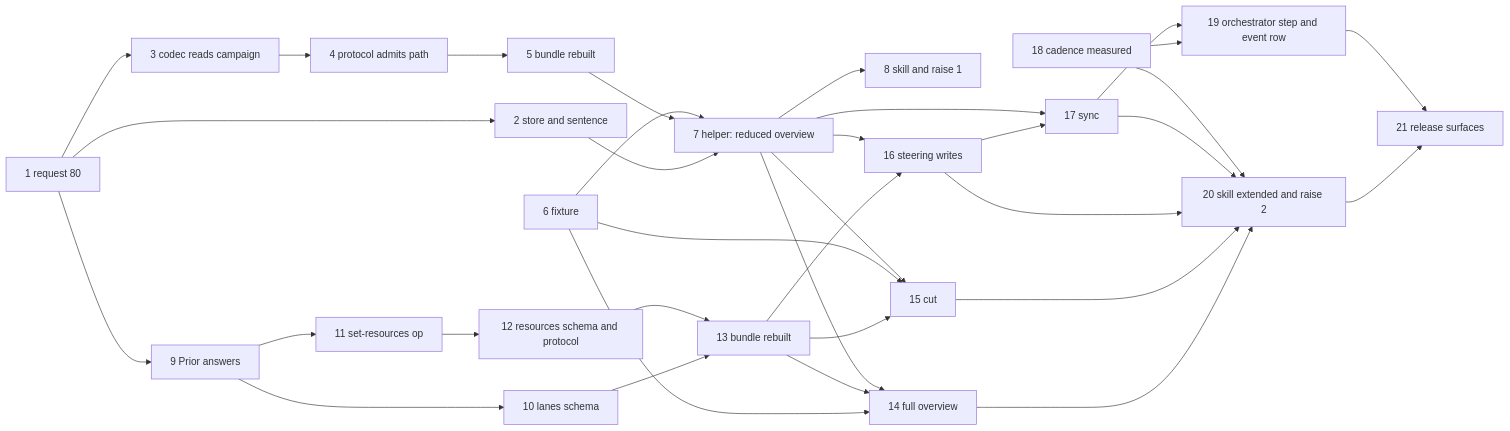
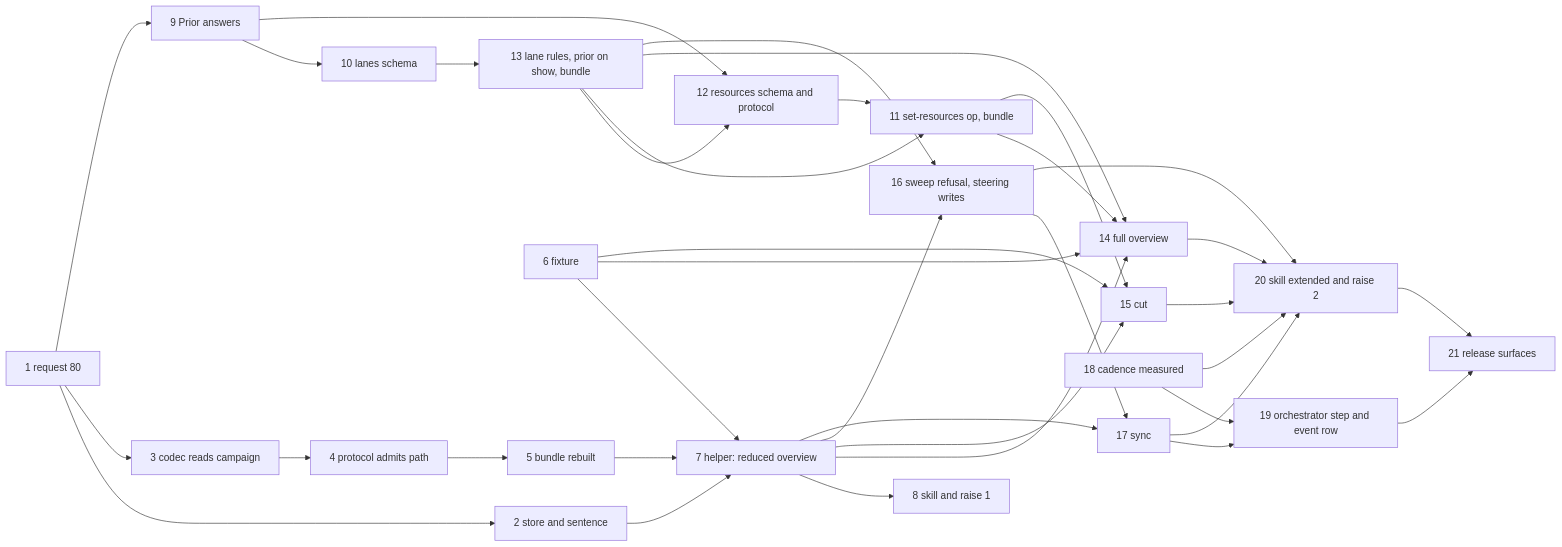
One commit to tenzoki/fusion changed the third of 3 diagrams in fusion-workbench/work-packages/261108-1924-campaign-the-frame-for-work-spread-over-several-checkouts/plans/261108-2301-plan-campaign-the-frame-for-work-spread-over-several-checkouts.md. Above: the diagram before and after it, drawn with Mermaid. The commit also changed other lines of this file and 3 other files, not shown here.

````diff
--- a/fusion-workbench/work-packages/261108-1924-campaign-the-frame-for-work-spread-over-several-checkouts/plans/261108-2301-plan-campaign-the-frame-for-work-spread-over-several-checkouts.md
+++ b/fusion-workbench/work-packages/261108-1924-campaign-the-frame-for-work-spread-over-several-checkouts/plans/261108-2301-plan-campaign-the-frame-for-work-spread-over-several-checkouts.md
@@ -97,36 +99,38 @@
 ```mermaid
 flowchart LR
   S1[1 request 80] --> S2[2 store and sentence]
   S1 --> S3[3 codec reads campaign]
   S3 --> S4[4 protocol admits path]
   S4 --> S5[5 bundle rebuilt]
   S2 --> S7[7 helper: reduced overview]
   S5 --> S7
   S6[6 fixture] --> S7
   S7 --> S8[8 skill and raise 1]
   S1 --> S9[9 Prior answers]
-  S6 --> S14
   S9 --> S10[10 lanes schema]
-  S9 --> S11[11 set-resources op]
-  S11 --> S12[12 resources schema and protocol]
-  S10 --> S13[13 bundle rebuilt]
-  S12 --> S13
-  S13 --> S14[14 full overview]
-  S13 --> S15[15 cut]
-  S6 --> S15
-  S13 --> S16[16 steering writes]
-  S16 --> S17[17 sync]
-  S7 --> S17
-  S18[18 cadence measured] --> S19[19 orchestrator step and event row]
-  S17 --> S19
+  S10 --> S13[13 lane rules, prior on show, bundle]
+  S9 --> S12[12 resources schema and protocol]
+  S13 --> S12
+  S12 --> S11[11 set-resources op, bundle]
+  S13 --> S11
+  S6 --> S14[14 full overview]
+  S7 --> S14
+  S11 --> S14
+  S13 --> S14
+  S6 --> S15[15 cut]
+  S7 --> S15
+  S11 --> S15
+  S7 --> S16[16 sweep refusal, steering writes]
+  S13 --> S16
+  S7 --> S17[17 sync]
+  S16 --> S17
+  S17 --> S19[19 orchestrator step and event row]
+  S18[18 cadence measured] --> S19
   S14 --> S20[20 skill extended and raise 2]
   S15 --> S20
   S16 --> S20
   S17 --> S20
-  S20 --> S21[21 release surfaces]
-  S19 --> S21
-  S7 --> S14
-  S7 --> S15
-  S7 --> S16
   S18 --> S20
+  S19 --> S21[21 release surfaces]
+  S20 --> S21
 ```
````
